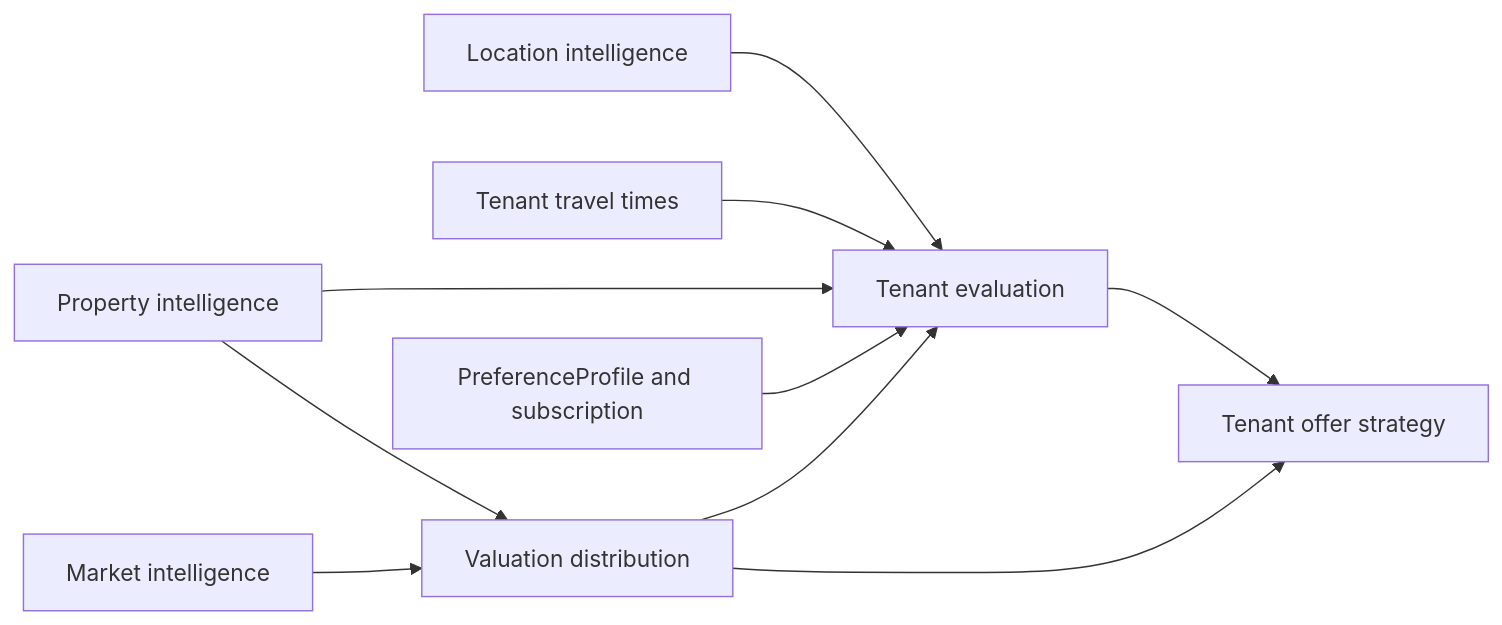
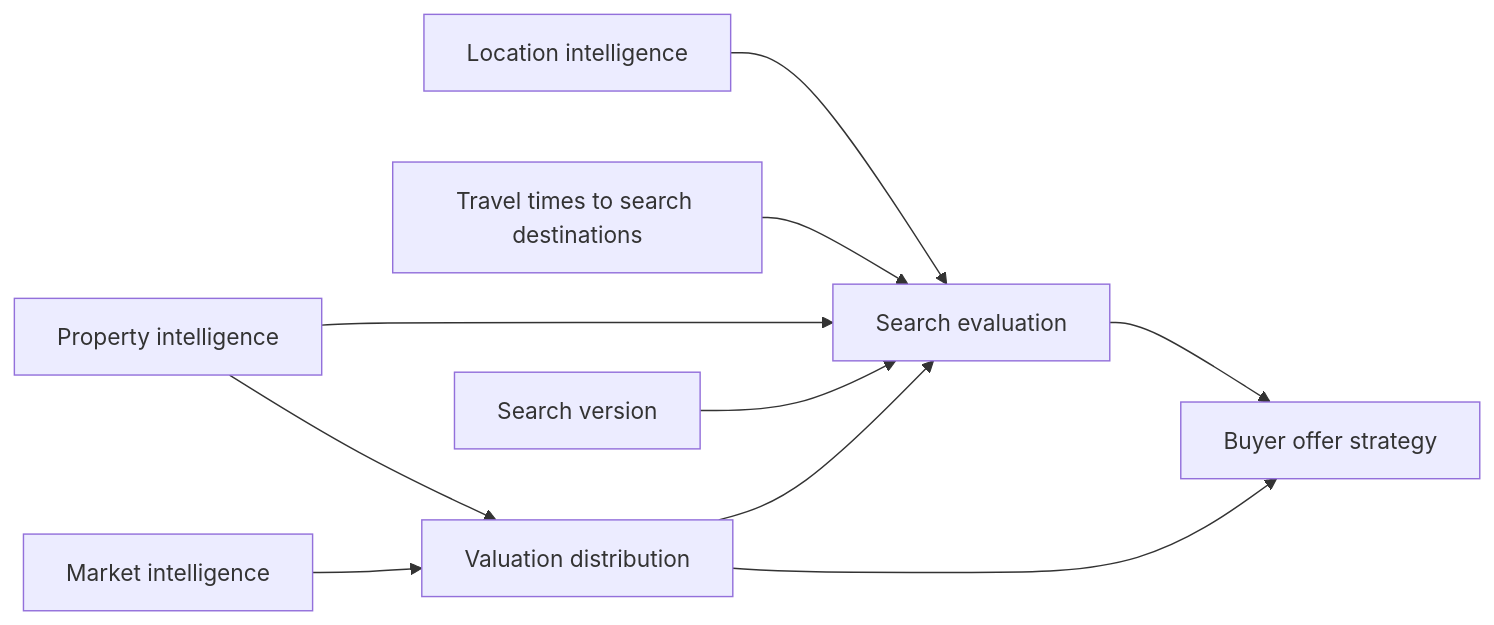
Diagram 18 of 30 in specs/property-focus/master-plan.md (robsgreen/property-focus), drawn with Mermaid before and after one commit. The commit also changed other lines of this file and 1 other file, not shown here.

````diff
--- a/specs/property-focus/master-plan.md
+++ b/specs/property-focus/master-plan.md
@@ -383,12 +418,12 @@
 ```mermaid
 flowchart LR
-    Property[Property intelligence] --> Eval[Tenant evaluation]
+    Property[Property intelligence] --> Eval[Search evaluation]
     Location[Location intelligence] --> Eval
-    Travel[Tenant travel times] --> Eval
+    Travel[Travel times to search destinations] --> Eval
     Market[Market intelligence] --> Valuation[Valuation distribution]
     Property --> Valuation
     Valuation --> Eval
-    Profile[PreferenceProfile and subscription] --> Eval
-    Eval --> Strategy[Tenant offer strategy]
+    Search[Search version] --> Eval
+    Eval --> Strategy[Buyer offer strategy]
     Valuation --> Strategy
 ```
````
